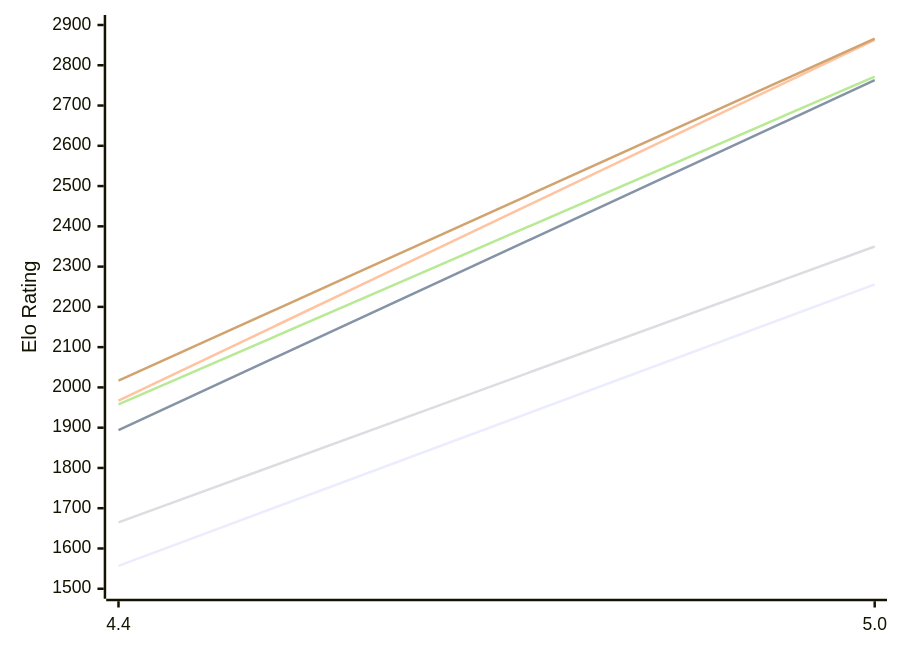
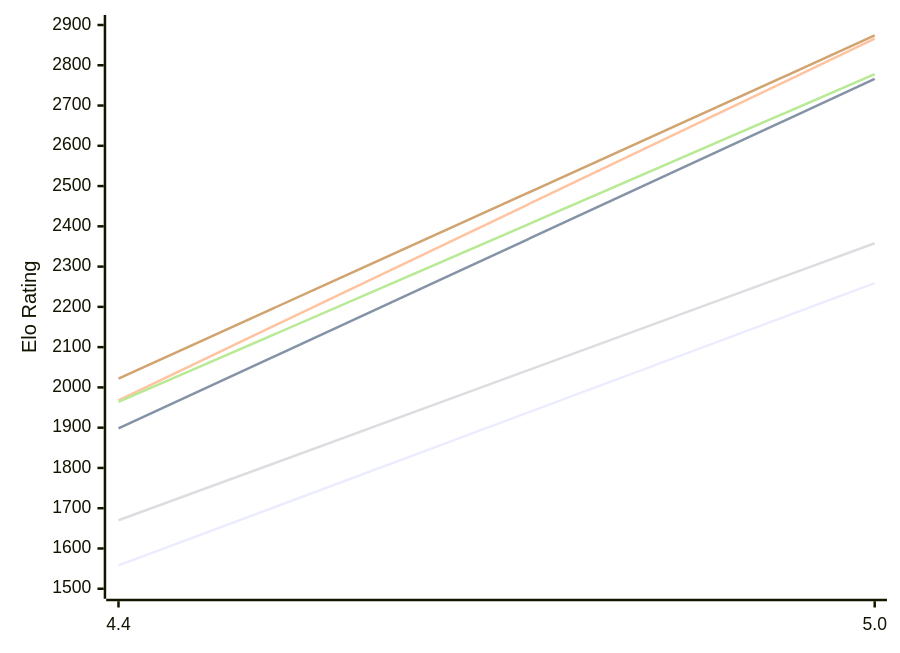
One commit to computer-chess-index/cci changed the first of 2 diagrams in engines/Radiance.md. Above: the diagram before and after it, drawn with Mermaid. The commit also changed other lines of this file, not shown here.

Commit message:
Update CCI Ratings (ELO VLTC) - 2026-11-25

````diff
--- a/engines/Radiance.md
+++ b/engines/Radiance.md
@@ -51,12 +51,12 @@
 ```mermaid
 %%{init: {"theme":"base","themeVariables":{"seriesColors:['#a3a3a3','#222221','#faa371']}}}%%
 xychart-beta
   x-axis ["4.4", "5.0"]
   y-axis "Elo Rating" 1500 --> 2900
-  line "E1: STC (8.0+0.08s)" [1557, 2256]
-  line "E1: LTC (60.0+0.60s)" [1894, 2763]
-  line "E1: VLTC (2m24s+1.12s)" [1967, 2863]
-  line "P1: STC (8.0+0.08s)" [1665, 2350]
-  line "P1: LTC (60.0+0.60s)" [1958, 2772]
-  line "P1: VLTC (2m24s+1.12s)" [2017, 2866]
+  line "E1: STC (8.0+0.08s)" [1558, 2259]
+  line "E1: LTC (60.0+0.60s)" [1898, 2766]
+  line "E1: VLTC (2m24s+1.12s)" [1968, 2866]
+  line "P1: STC (8.0+0.08s)" [1670, 2358]
+  line "P1: LTC (60.0+0.60s)" [1964, 2778]
+  line "P1: VLTC (2m24s+1.12s)" [2022, 2874]
 ```
````
